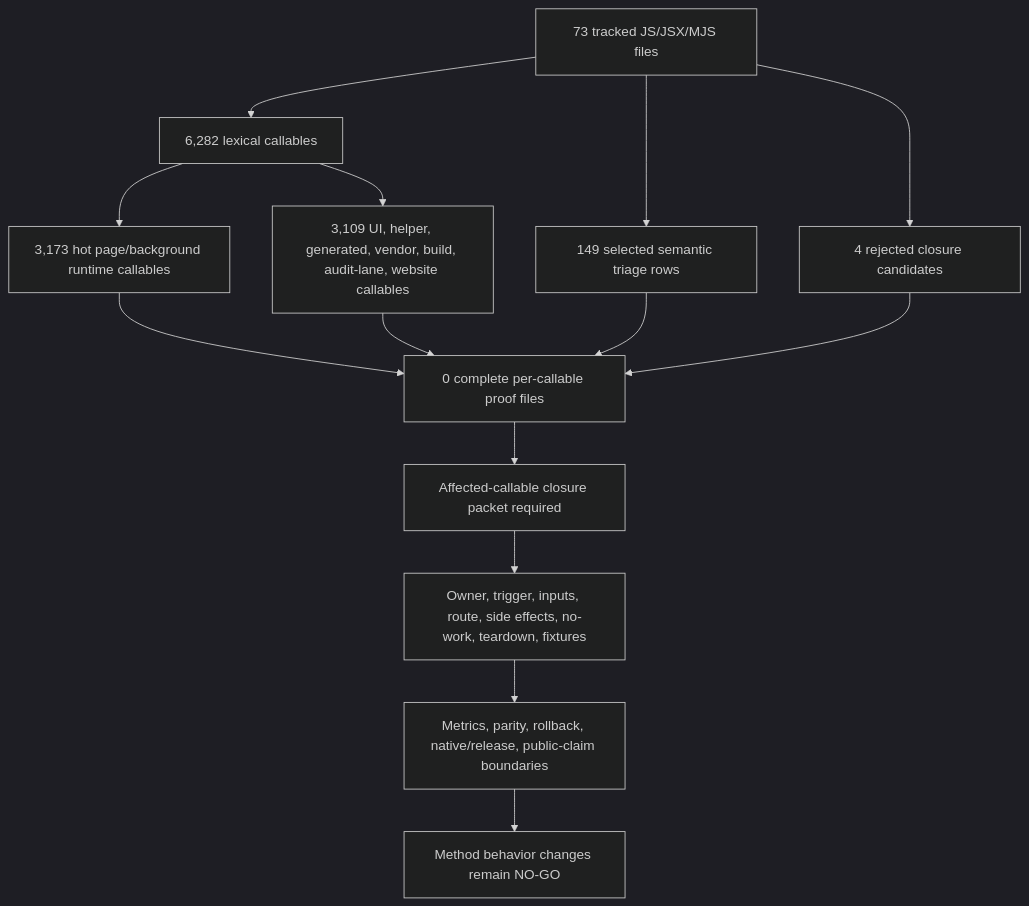
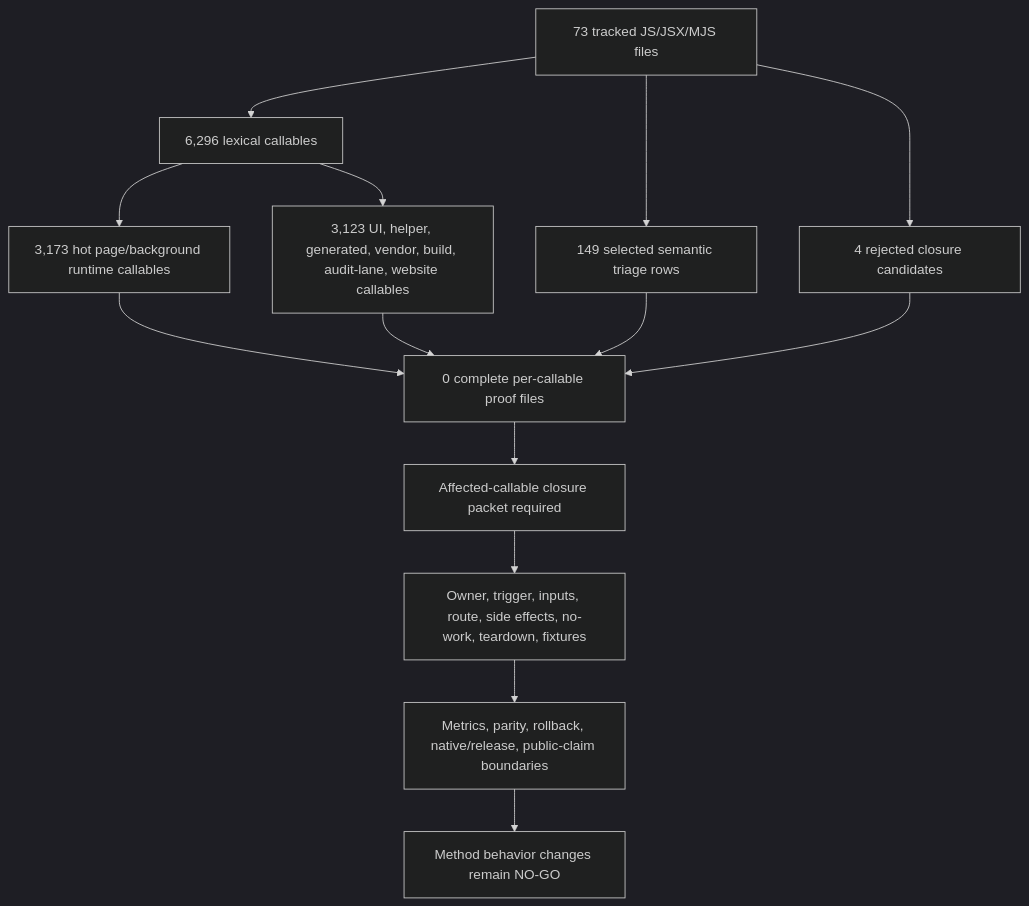
Before and after one commit to varshneydevansh/FilterTube: the first of 2 diagrams in docs/audit/FILTERTUBE_METHOD_SEMANTIC_PROOF_GAP_INDEX_CURRENT_BEHAVIOR_2026-05-25.md, drawn with Mermaid (dark theme). The commit also changed other lines of this file and 50 other files, not shown here.

````diff
--- a/docs/audit/FILTERTUBE_METHOD_SEMANTIC_PROOF_GAP_INDEX_CURRENT_BEHAVIOR_2026-05-25.md
+++ b/docs/audit/FILTERTUBE_METHOD_SEMANTIC_PROOF_GAP_INDEX_CURRENT_BEHAVIOR_2026-05-25.md
@@ -147,16 +147,16 @@
 ```mermaid
 flowchart TD
-  A["73 tracked JS/JSX/MJS files"] --> B["6,282 lexical callables"]
+  A["73 tracked JS/JSX/MJS files"] --> B["6,296 lexical callables"]
   B --> C["3,173 hot page/background runtime callables"]
-  B --> D["3,109 UI, helper, generated, vendor, build, audit-lane, website callables"]
+  B --> D["3,123 UI, helper, generated, vendor, build, audit-lane, website callables"]
   A --> E["149 selected semantic triage rows"]
   A --> F["4 rejected closure candidates"]
   C --> G["0 complete per-callable proof files"]
   D --> G
   E --> G
   F --> G
   G --> H["Affected-callable closure packet required"]
   H --> I["Owner, trigger, inputs, route, side effects, no-work, teardown, fixtures"]
   I --> J["Metrics, parity, rollback, native/release, public-claim boundaries"]
   J --> K["Method behavior changes remain NO-GO"]
 ```
````
